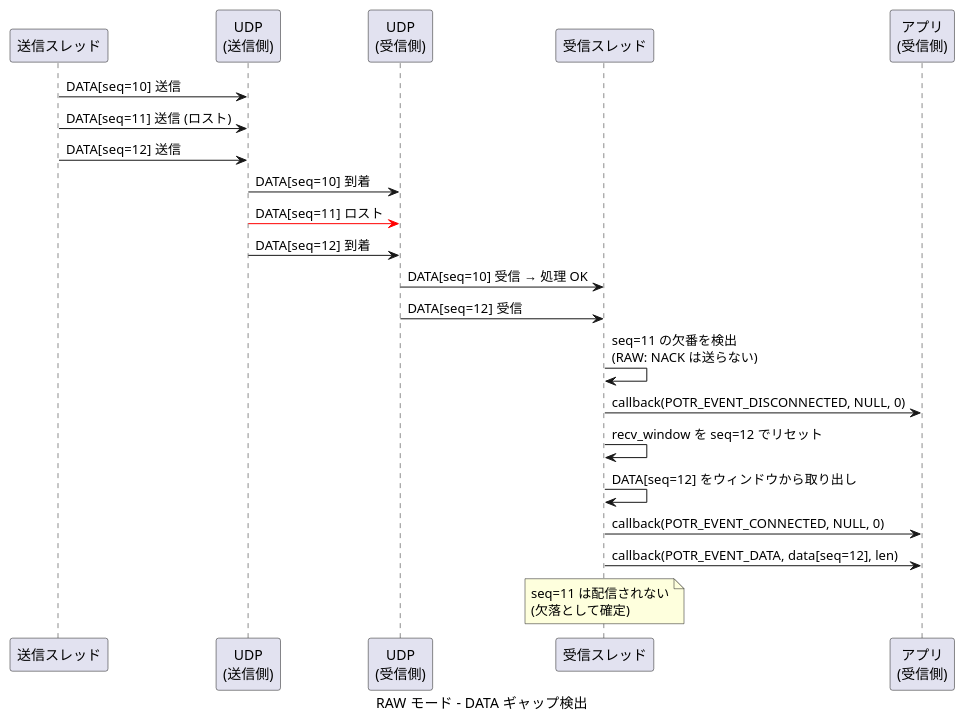
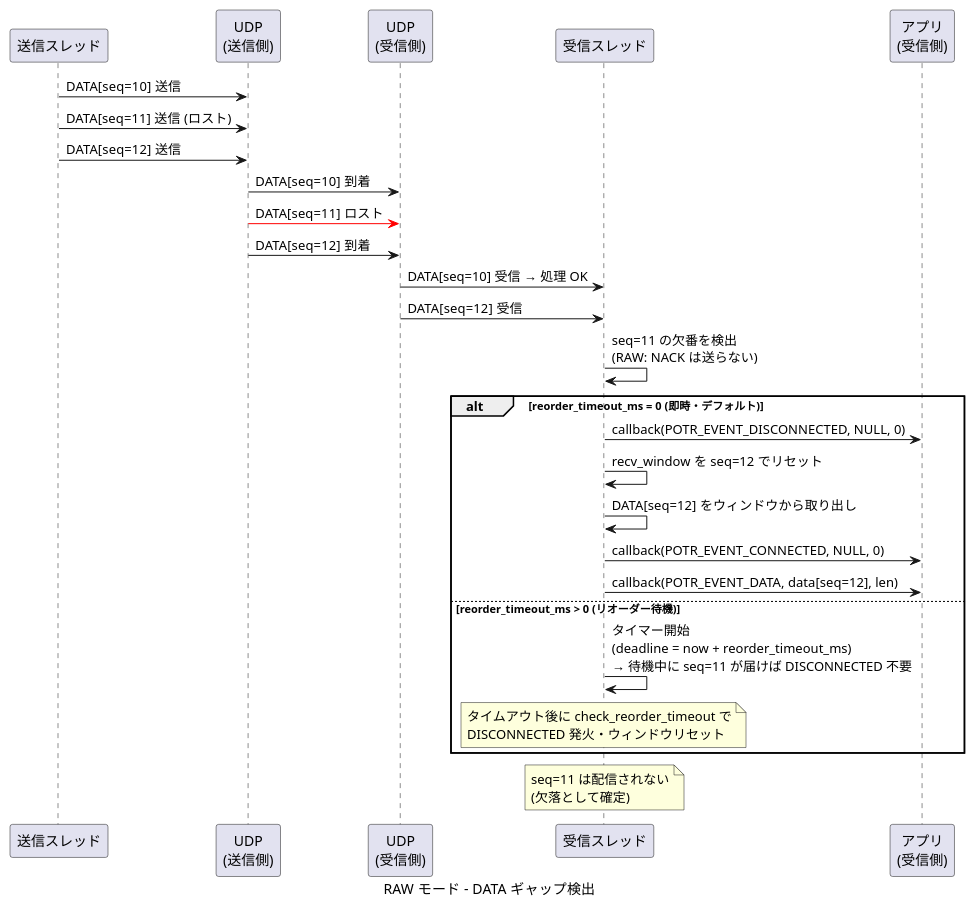
Before and after one commit to Hondarer/c-modernization-kit: diagram 14 of 16 in prod/porter/docs/sequence.md, drawn with PlantUML. The commit also changed other lines of this file and 9 other files, not shown here.

````diff
--- a/prod/porter/docs/sequence.md
+++ b/prod/porter/docs/sequence.md
@@ -427,33 +512,38 @@
 ```plantuml
 @startuml RAW モード - DATA ギャップ検出
 caption RAW モード - DATA ギャップ検出
 
 participant "送信スレッド" as ST
 participant "UDP\n(送信側)" as SUDP
 participant "UDP\n(受信側)" as RUDP
 participant "受信スレッド" as RRT
 participant "アプリ\n(受信側)" as RAPP
 
 ST -> SUDP: DATA[seq=10] 送信
 ST -> SUDP: DATA[seq=11] 送信 (ロスト)
 ST -> SUDP: DATA[seq=12] 送信
 
 SUDP -> RUDP: DATA[seq=10] 到着
 SUDP -[#red]> RUDP: DATA[seq=11] ロスト
 SUDP -> RUDP: DATA[seq=12] 到着
 
 RUDP -> RRT: DATA[seq=10] 受信 → 処理 OK
 RUDP -> RRT: DATA[seq=12] 受信
 
 RRT -> RRT: seq=11 の欠番を検出\n(RAW: NACK は送らない)
-RRT -> RAPP: callback(POTR_EVENT_DISCONNECTED, NULL, 0)
-RRT -> RRT: recv_window を seq=12 でリセット
-RRT -> RRT: DATA[seq=12] をウィンドウから取り出し
 
-RRT -> RAPP: callback(POTR_EVENT_CONNECTED, NULL, 0)
-RRT -> RAPP: callback(POTR_EVENT_DATA, data[seq=12], len)
+alt reorder_timeout_ms = 0 (即時・デフォルト)
+  RRT -> RAPP: callback(POTR_EVENT_DISCONNECTED, NULL, 0)
+  RRT -> RRT: recv_window を seq=12 でリセット
+  RRT -> RRT: DATA[seq=12] をウィンドウから取り出し
+  RRT -> RAPP: callback(POTR_EVENT_CONNECTED, NULL, 0)
+  RRT -> RAPP: callback(POTR_EVENT_DATA, data[seq=12], len)
+else reorder_timeout_ms > 0 (リオーダー待機)
+  RRT -> RRT: タイマー開始\n(deadline = now + reorder_timeout_ms)\n→ 待機中に seq=11 が届けば DISCONNECTED 不要
+  note over RRT: タイムアウト後に check_reorder_timeout で\nDISCONNECTED 発火・ウィンドウリセット
+end
 
 note over RRT: seq=11 は配信されない\n(欠落として確定)
 
 @enduml
 ```
````
